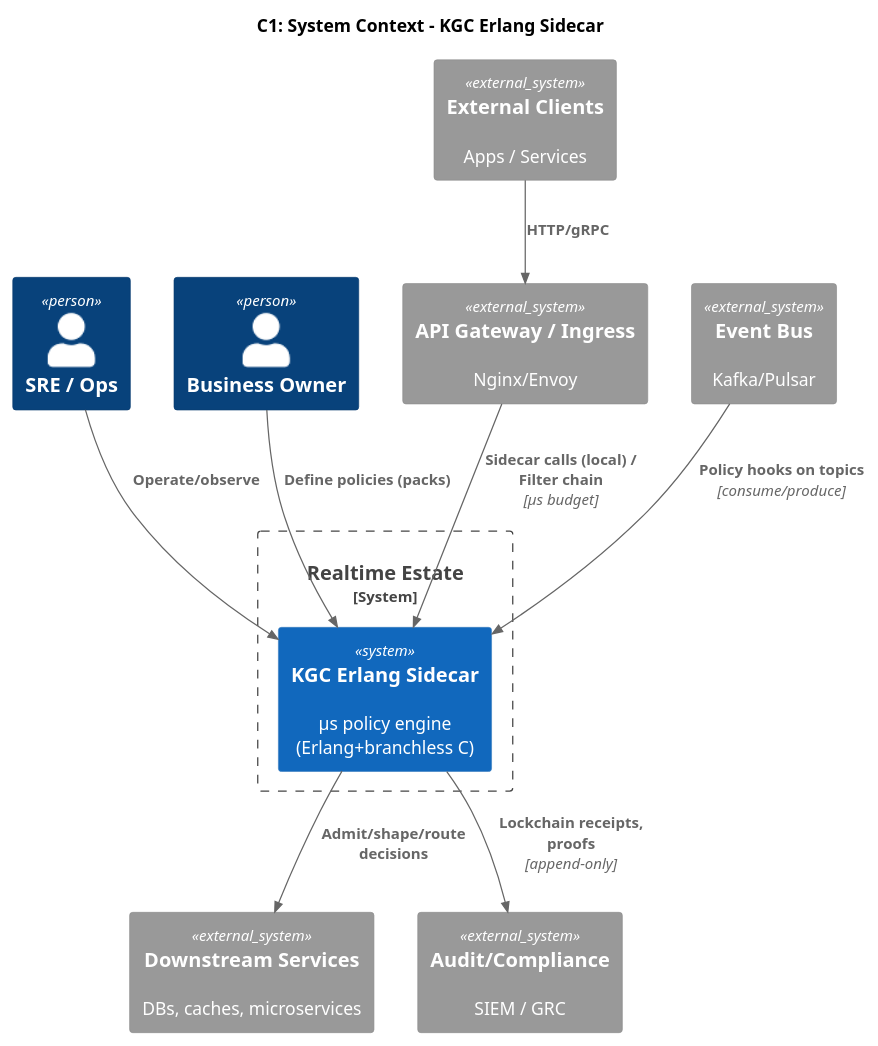
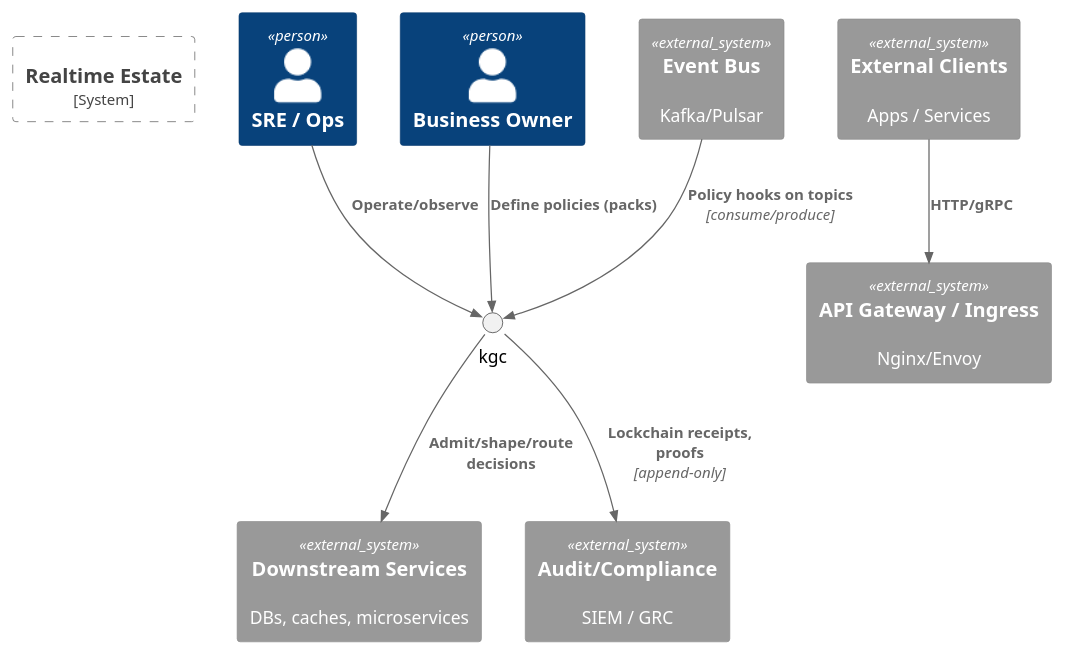
The first of 3 diagrams in books/kgc-thesis/src/15-section10-ipo-generator.md (seanchatmangpt/unrdf), drawn with PlantUML before and after one commit. The commit also changed other lines of this file and 240 other files, not shown here.

```diff
--- a/books/kgc-thesis/src/15-section10-ipo-generator.md
+++ b/books/kgc-thesis/src/15-section10-ipo-generator.md
@@ -839,25 +835,22 @@
 @startuml KGC_C1_SystemContext
 !include https://raw.githubusercontent.com/plantuml-stdlib/C4-PlantUML/master/C4_Context.puml
 
-title C1: System Context – KGC Erlang Sidecar
 
 Person(sre, "SRE / Ops")
 Person(biz, "Business Owner")
 System_Boundary(bound, "Realtime Estate") {
-  System(kgc, "KGC Erlang Sidecar", "µs policy engine (Erlang+branchless C)")
 }
 System_Ext(clients, "External Clients", "Apps / Services")
 System_Ext(gw, "API Gateway / Ingress", "Nginx/Envoy")
 System_Ext(bus, "Event Bus", "Kafka/Pulsar")
 System_Ext(svcs, "Downstream Services", "DBs, caches, microservices")
 System_Ext(audit, "Audit/Compliance", "SIEM / GRC")
 
 Rel(clients, gw, "HTTP/gRPC")
-Rel(gw, kgc, "Sidecar calls (local) / Filter chain", "µs budget")
 Rel(bus, kgc, "Policy hooks on topics", "consume/produce")
 Rel(kgc, svcs, "Admit/shape/route decisions")
 Rel(kgc, audit, "Lockchain receipts, proofs", "append-only")
 Rel(sre, kgc, "Operate/observe")
 Rel(biz, kgc, "Define policies (packs)")
 
 @enduml
```
